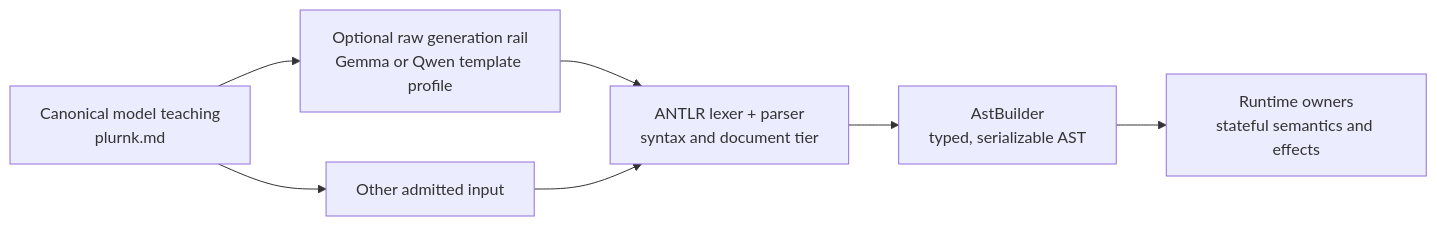
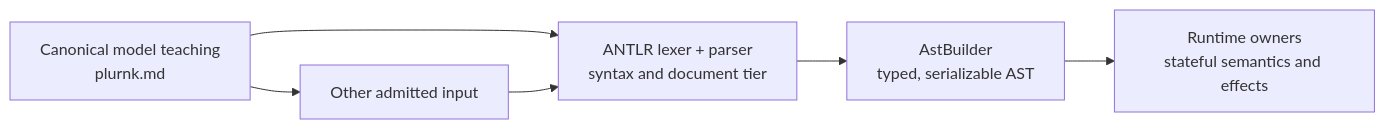
Before and after one commit to plurnk/plurnk-service: the first of 2 diagrams in plurnk-contracts/SPEC.md, drawn with Mermaid. The commit also changed other lines of this file and 79 other files, not shown here.

````diff
--- a/plurnk-contracts/SPEC.md
+++ b/plurnk-contracts/SPEC.md
@@ -99,15 +99,13 @@
 ```mermaid
 flowchart LR
     canon["Canonical model teaching<br/>plurnk.md"]
-    rail["Optional raw generation rail<br/>Gemma or Qwen template profile"]
     free["Other admitted input"]
     syntax["ANTLR lexer + parser<br/>syntax and document tier"]
     ast["AstBuilder<br/>typed, serializable AST"]
     runtime["Runtime owners<br/>stateful semantics and effects"]
-    canon --> rail
-    rail --> syntax
+    canon --> syntax
     canon --> free
     free --> syntax
     syntax --> ast
     ast --> runtime
 ```
````
